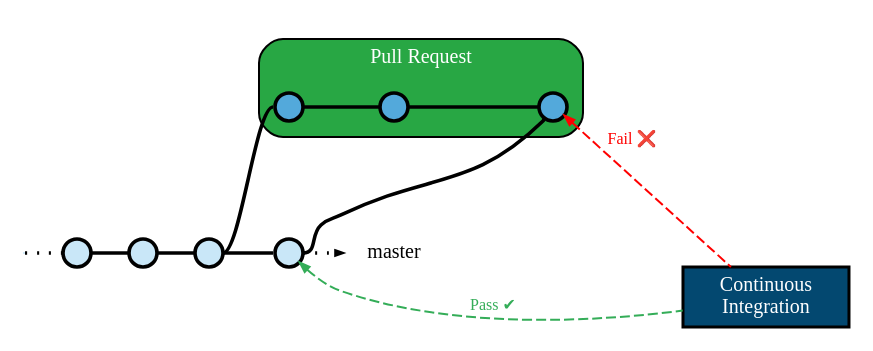
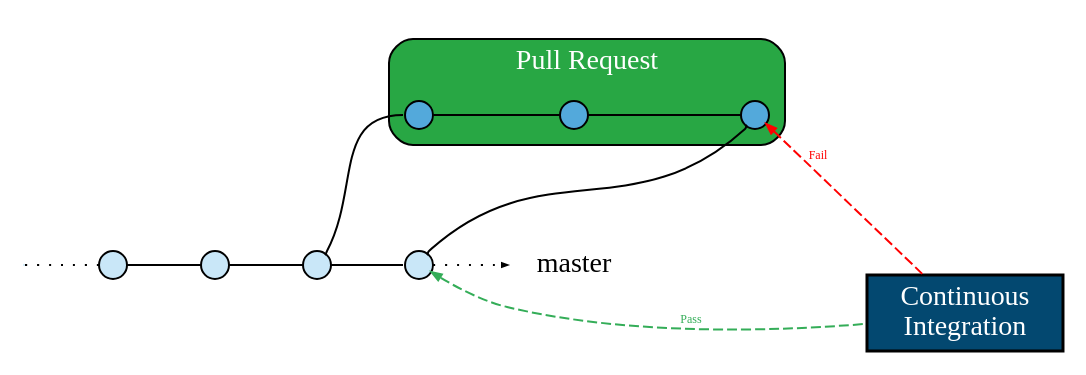
One commit to Mergifyio/mergify changed the diagram in docs/source/actions/strict-mode-rebase-ci-fail.dot. Above: the diagram before and after it, drawn with Graphviz. The commit also changed 6 other files, not shown here.

First line of the commit message:
docs(merge): clean graphs

```diff
--- a/docs/source/actions/strict-mode-rebase-ci-fail.dot
+++ b/docs/source/actions/strict-mode-rebase-ci-fail.dot
@@ -1,71 +1,66 @@
 strict digraph g {
     rankdir="LR";
-    nodesep=0.25;
-    ranksep=0.25;
     forcelabels=false;
     newrank=false;
-    fontname="Inconsolata Regular";
     splines=true;
-    fontsize="10pt";
 
     // general
-    node [style=filled, color="black", fontcolor="black", fontsize="10pt", fontname="Inconsolata Regular"];
-    edge [color="black", arrowhead=none, penwidth=1.8, fontname="Inconsolata Regular"];
+    node [style=filled, color="black", fontcolor="black"];
+    edge [color="black", arrowhead=none];
 
     // graph
-    node [width=0.2, height=0.2, fixedsize=true, label="", shape=circle, penwidth=1.8, fillcolor="#FF0000"]
+    node [width=0.2, height=0.2, fixedsize=true, label="", shape=circle, fillcolor="#FF0000"]
     subgraph pr {
         subgraph cluster_pr {
             subgraph {
                 rank=same;
                 pr11 [group="pr", fillcolor="#53A9DB"];
             }
             label="Pull Request";
             style="rounded,filled";
             fillcolor="#28A744";
             fontcolor="white";
             prm [group="pr", fillcolor="#53A9DB"];
             pr12 [group="pr", fillcolor="#53A9DB"];
             pr11 -> pr12;
             pr12 -> prm;
         }
     }
 
 
     subgraph master {
         node [group="master", fillcolor="#C9E7F8"];
         ms;
         m0;
         m1;
         m2;
         me;
 
         ms:e -> m0:w [style=dotted, arrowhead=none ];
         m0:e -> m1:w;
         m1:e -> m2:w;
         m2:e -> m2bis:w;
         m2bis:e -> me:w [style=dotted,  arrowhead=normal, arrowsize=0.25];
     }
 
     subgraph {
         rank=min;
         ms [width=0, height=0, penwidth=0];
     }
 
     subgraph {
         rank=sink;
         me [label="master", shape=none, fixedsize=false, fillcolor=none, fontcolor=black];
     }
 
-
-    m2:e -> pr11:w;
-    m2bis:e -> prm:sw;
+    m2:ne -> pr11:w;
+    m2bis:ne -> prm:sw;
 
     subgraph ci {
         // CI connections
         ci [label="Continuous\nIntegration", fixedsize=false, shape="box", style="filled", fillcolor="#034870", fontcolor=white, penwidth=1.5]
-        edge [arrowhead=none, style=dashed, arrowsize=0.5, arrowtail=normal, color="#34AD58", dir=both, penwidth=1, label="Pass ✔", fontcolor="#34AD58", fontsize="8pt"];
-        prm -> ci [label="Fail ❌", color="red", fontcolor="red"];
-        m2bis -> ci [label="Pass ✔"];
+        edge [arrowhead=none, style=dashed, arrowsize=0.5, arrowtail=normal, color="#34AD58", dir=both, penwidth=1, label="Pass", fontcolor="#34AD58", fontsize="6pt"];
+        prm -> ci [label="Fail", color="red", fontcolor="red"];
+        m2bis -> ci [label="Pass"];
     }
 }
```
